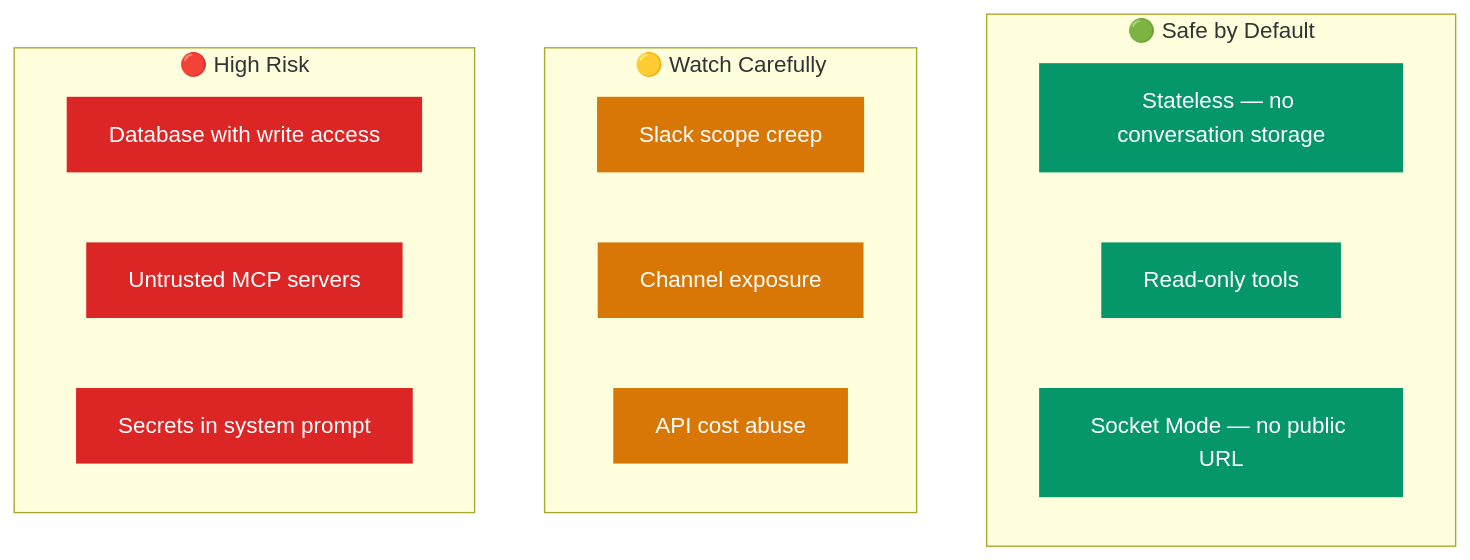
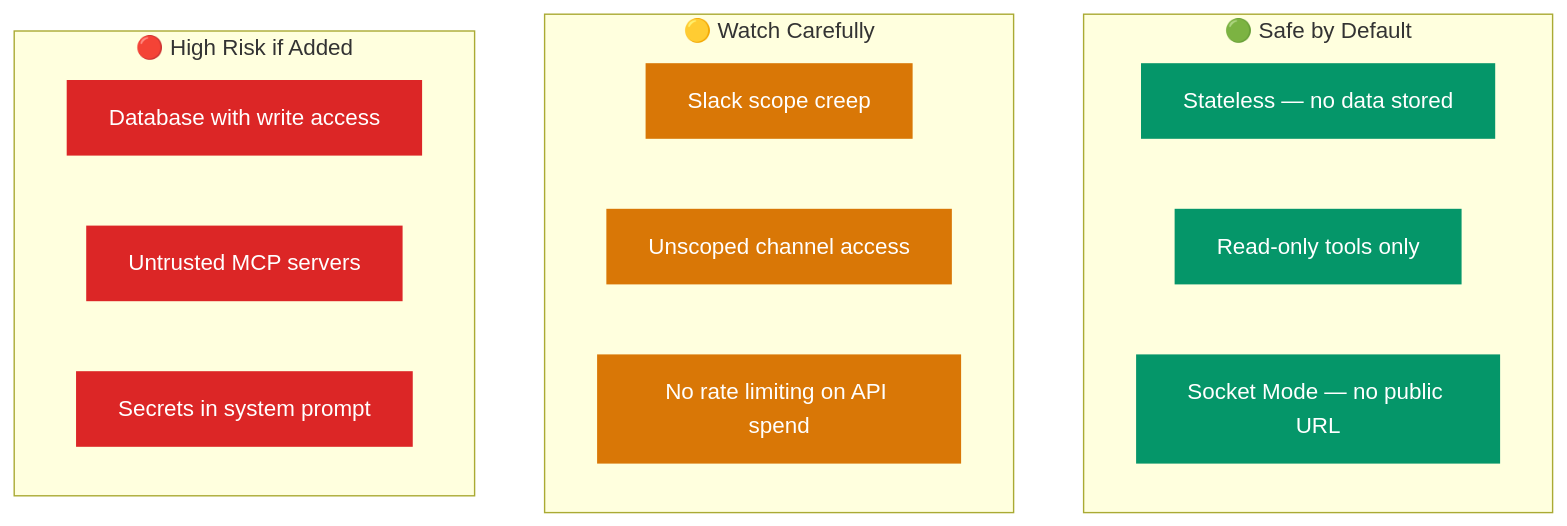
One commit to Mikeishiring/slackbot changed the eighth of 8 diagrams in README.md. Above: the diagram before and after it, drawn with Mermaid. The commit also changed other lines of this file and 1 other file, not shown here.

````diff
--- a/README.md
+++ b/README.md
@@ -270,30 +326,30 @@
 ```mermaid
 graph TB
     subgraph "🟢 Safe by Default"
-        A["Stateless — no conversation storage"]
-        B["Read-only tools"]
+        A["Stateless — no data stored"]
+        B["Read-only tools only"]
         C["Socket Mode — no public URL"]
     end
 
     subgraph "🟡 Watch Carefully"
         D["Slack scope creep"]
-        E["Channel exposure"]
-        F["API cost abuse"]
+        E["Unscoped channel access"]
+        F["No rate limiting on API spend"]
     end
 
-    subgraph "🔴 High Risk"
+    subgraph "🔴 High Risk if Added"
         G["Database with write access"]
         H["Untrusted MCP servers"]
         I["Secrets in system prompt"]
     end
 
     style A fill:#059669,color:#fff,stroke:none
     style B fill:#059669,color:#fff,stroke:none
     style C fill:#059669,color:#fff,stroke:none
     style D fill:#D97706,color:#fff,stroke:none
     style E fill:#D97706,color:#fff,stroke:none
     style F fill:#D97706,color:#fff,stroke:none
     style G fill:#DC2626,color:#fff,stroke:none
     style H fill:#DC2626,color:#fff,stroke:none
     style I fill:#DC2626,color:#fff,stroke:none
 ```
````
